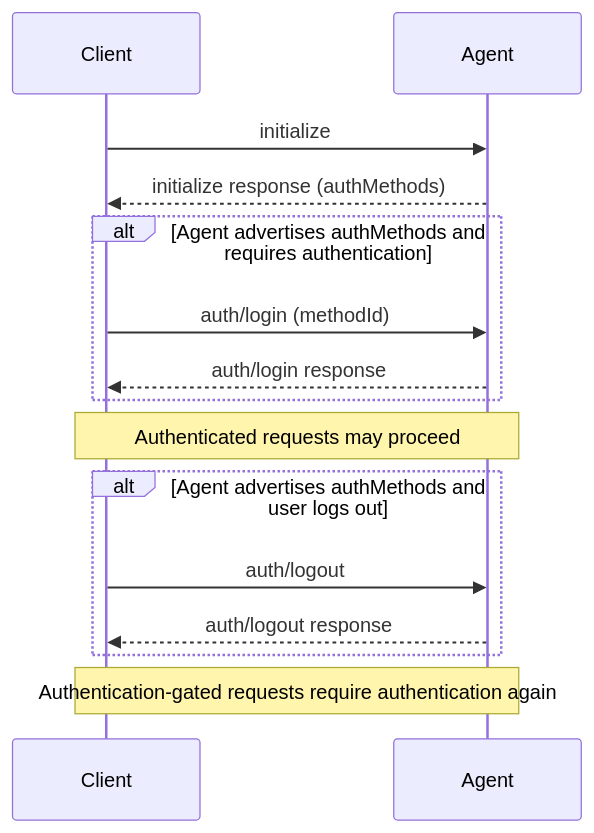
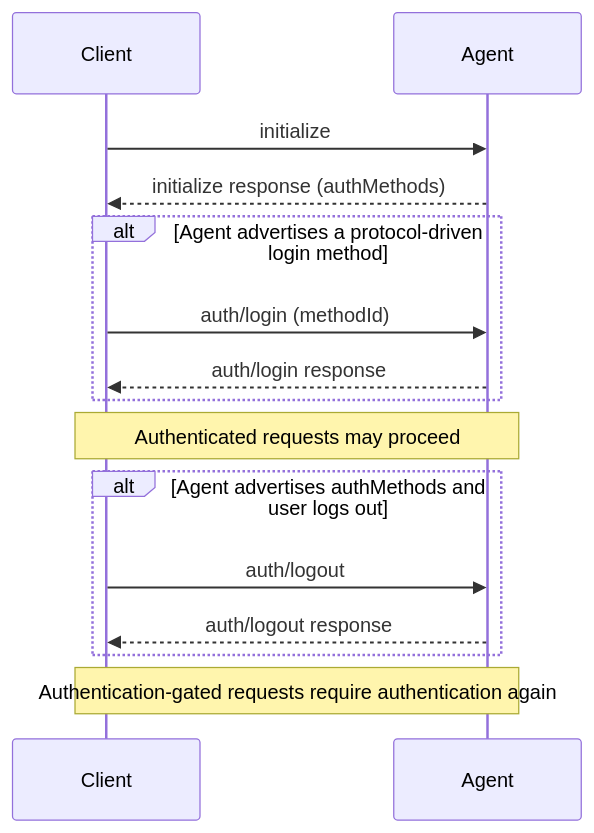
One commit to dayanruben/agent-client-protocol changed the diagram in docs/protocol/v2/authentication.mdx. Above: the diagram before and after it, drawn with Mermaid. The commit also changed other lines of this file and 31 other files, not shown here.

````diff
--- a/docs/protocol/v2/authentication.mdx
+++ b/docs/protocol/v2/authentication.mdx
@@ -10,22 +10,22 @@
 ```mermaid
 sequenceDiagram
     participant Client
     participant Agent
 
     Client->>Agent: initialize
     Agent-->>Client: initialize response (authMethods)
 
-    alt Agent advertises authMethods and requires authentication
+    alt Agent advertises a protocol-driven login method
         Client->>Agent: auth/login (methodId)
         Agent-->>Client: auth/login response
     end
 
     Note over Client,Agent: Authenticated requests may proceed
 
     alt Agent advertises authMethods and user logs out
         Client->>Agent: auth/logout
         Agent-->>Client: auth/logout response
     end
 
     Note over Client,Agent: Authentication-gated requests require authentication again
 ```
````
